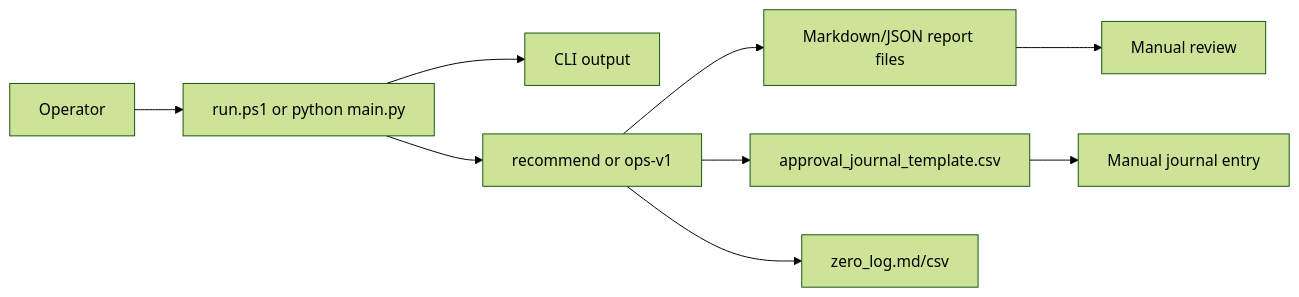
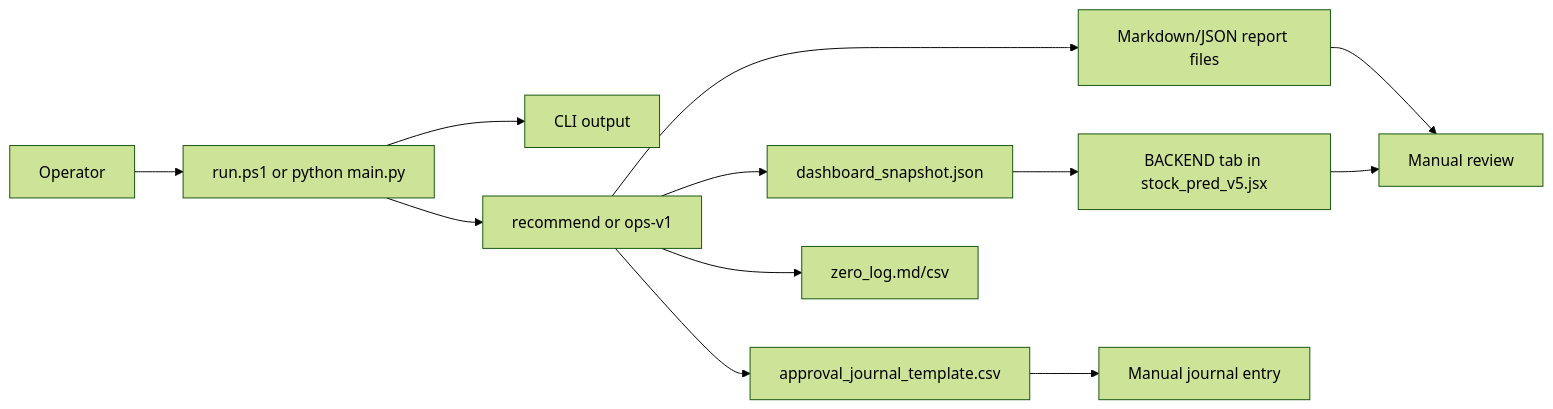
Before and after one commit to macho715/stock_hermes: the diagram in docs/UIUX.md, drawn with Mermaid (forest theme). The commit also changed other lines of this file and 46 other files, not shown here.

````diff
--- a/docs/UIUX.md
+++ b/docs/UIUX.md
@@ -7,11 +7,14 @@
 ```mermaid
 flowchart LR
     Operator[Operator] --> Command[run.ps1 or python main.py]
     Command --> CLI[CLI output]
     Command --> Recommend[recommend or ops-v1]
     Recommend --> Report[Markdown/JSON report files]
+    Recommend --> Snapshot[dashboard_snapshot.json]
     Recommend --> Approval[approval_journal_template.csv]
     Recommend --> Zero[zero_log.md/csv]
+    Snapshot --> Dashboard[BACKEND tab in stock_pred_v5.jsx]
     Report --> Review[Manual review]
+    Dashboard --> Review
     Approval --> Journal[Manual journal entry]
 ```
````
